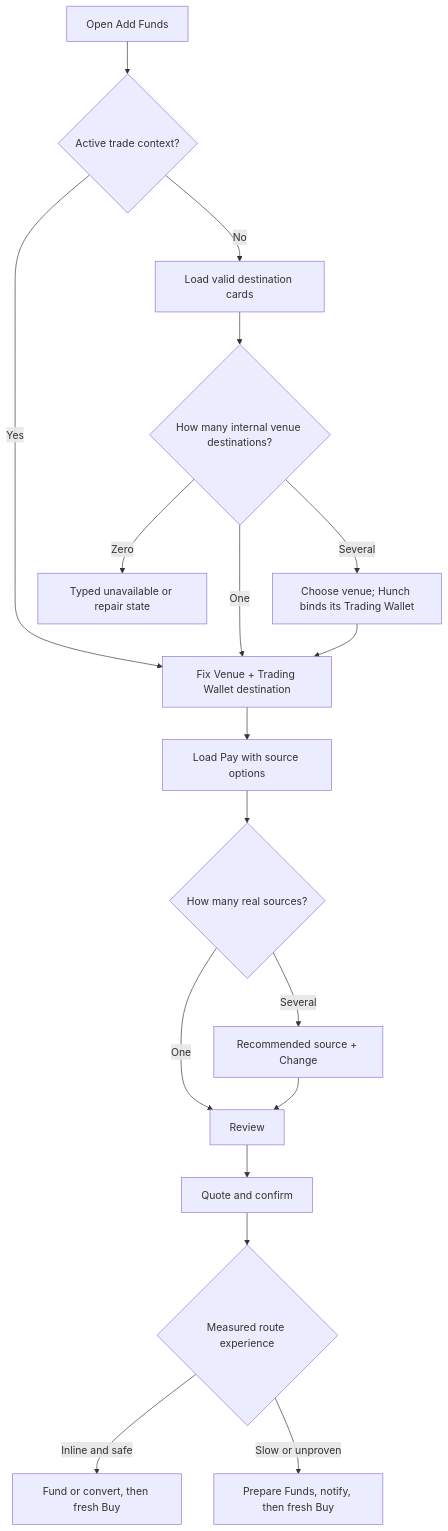
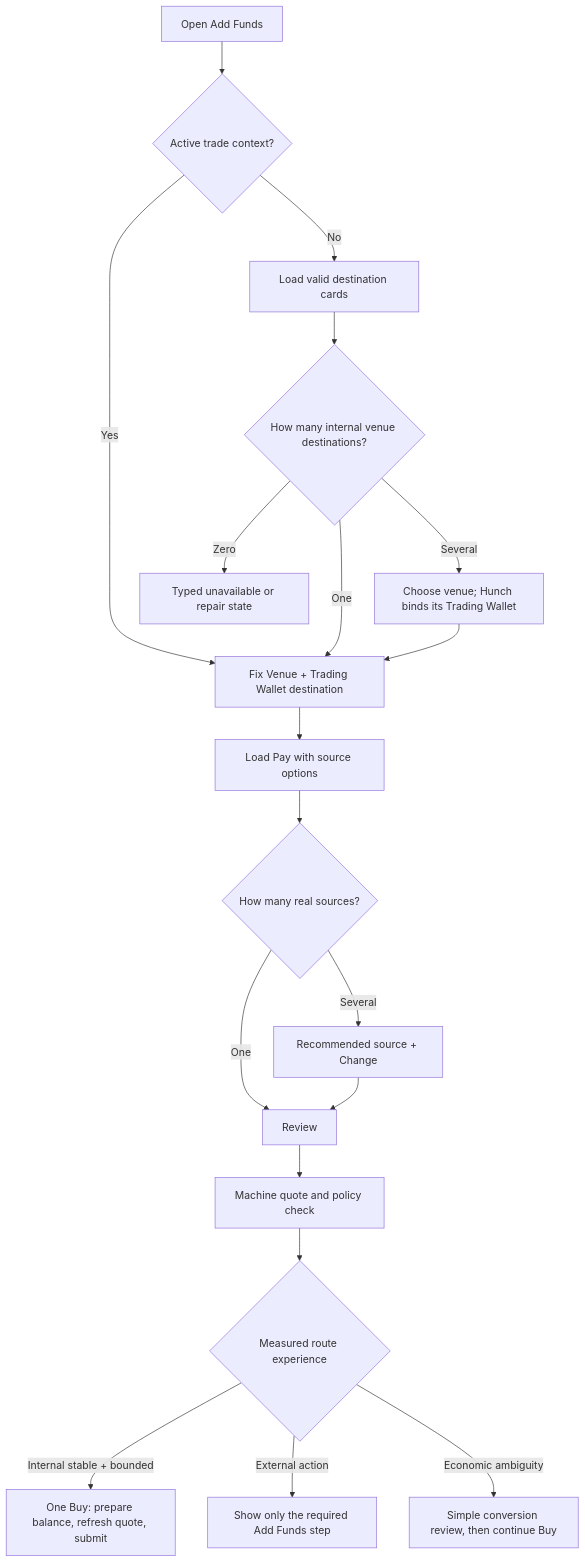
One commit to Sureshot-Labs/hunch-monorepo changed the first of 3 diagrams in docs/unified-account-value-relay-funding-plan-v2.md. Above: the diagram before and after it, drawn with Mermaid. The commit also changed other lines of this file and 53 other files, not shown here.

````diff
--- a/docs/unified-account-value-relay-funding-plan-v2.md
+++ b/docs/unified-account-value-relay-funding-plan-v2.md
@@ -421,20 +435,21 @@
 ```mermaid
 flowchart TD
   A["Open Add Funds"] --> B{"Active trade context?"}
   B -->|Yes| C["Fix Venue + Trading Wallet destination"]
   B -->|No| D["Load valid destination cards"]
   D --> E{"How many internal venue destinations?"}
   E -->|Zero| F["Typed unavailable or repair state"]
   E -->|One| C
   E -->|Several| G["Choose venue; Hunch binds its Trading Wallet"]
   G --> C
   C --> H["Load Pay with source options"]
   H --> I{"How many real sources?"}
   I -->|One| J["Review"]
   I -->|Several| K["Recommended source + Change"]
   K --> J
-  J --> M["Quote and confirm"]
+  J --> M["Machine quote and policy check"]
   M --> P{"Measured route experience"}
-  P -->|Inline and safe| Q["Fund or convert, then fresh Buy"]
-  P -->|Slow or unproven| R["Prepare Funds, notify, then fresh Buy"]
+  P -->|Internal stable + bounded| Q["One Buy: prepare balance, refresh quote, submit"]
+  P -->|External action| R["Show only the required Add Funds step"]
+  P -->|Economic ambiguity| S["Simple conversion review, then continue Buy"]
 ```
````
